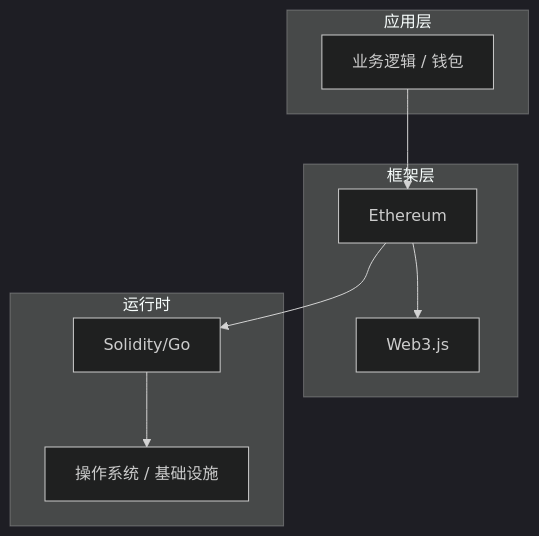
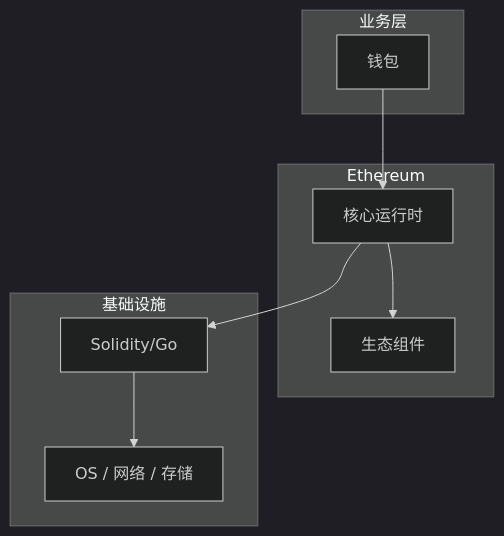
The diagram in articles/区块链/chapters/066-钱包核心概念与原理.md (yanggan2015/knowledge-json-v2), drawn with Mermaid (dark theme) before and after one commit. The commit also changed other lines of this file and 10127 other files, not shown here.

````diff
--- a/articles/区块链/chapters/066-钱包核心概念与原理.md
+++ b/articles/区块链/chapters/066-钱包核心概念与原理.md
@@ -45,18 +30,18 @@
 ```mermaid
 graph TB
-    subgraph 应用层
-        A[业务逻辑 / 钱包]
+    subgraph 业务层
+        A[钱包]
     end
-    subgraph 框架层
-        B[Ethereum]
-        C[Web3.js]
+    subgraph Ethereum
+        B[核心运行时]
+        C[生态组件]
     end
-    subgraph 运行时
+    subgraph 基础设施
         D[Solidity/Go]
-        E[操作系统 / 基础设施]
+        E[OS / 网络 / 存储]
     end
     A --> B
     B --> C
     B --> D
     D --> E
 ```
````
